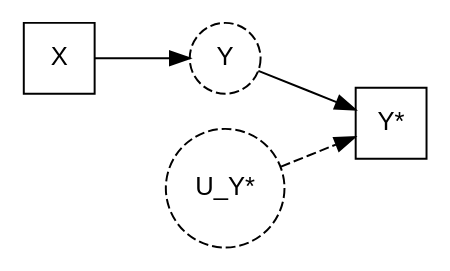
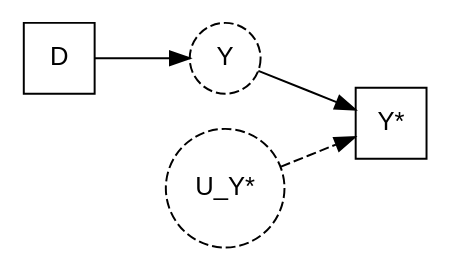
One commit to LondonMae/measurement-error-tutorial changed the first of 2 diagrams in index.qmd. Above: the diagram before and after it, drawn with Graphviz. The commit also changed other lines of this file, not shown here.

````diff
--- a/index.qmd
+++ b/index.qmd
@@ -79,16 +79,16 @@
 ```{dot}
 //| label: fig-dag-basic
-//| fig-cap: "We observe Y* (the proxy) but want to reason about the latent Y. The error U_Y* enters only through Y* and is independent of X."
+//| fig-cap: "We observe Y* (the proxy) but want to reason about the latent Y. The error U_Y* enters only through Y* and is independent of D."
 //| fig-height: 1.6
 digraph {
   rankdir=LR
   node [fontname="Helvetica" fontsize=13]
-  X      [shape=square]
+  D      [shape=square]
   Y      [shape=circle style=dashed]
   Ystar  [shape=square  label="Y*"]
   UYstar [shape=circle  style=dashed label="U_Y*"]
-  X -> Y
+  D -> Y
   Y -> Ystar
   UYstar -> Ystar [style=dashed]
 }
 ```
````
